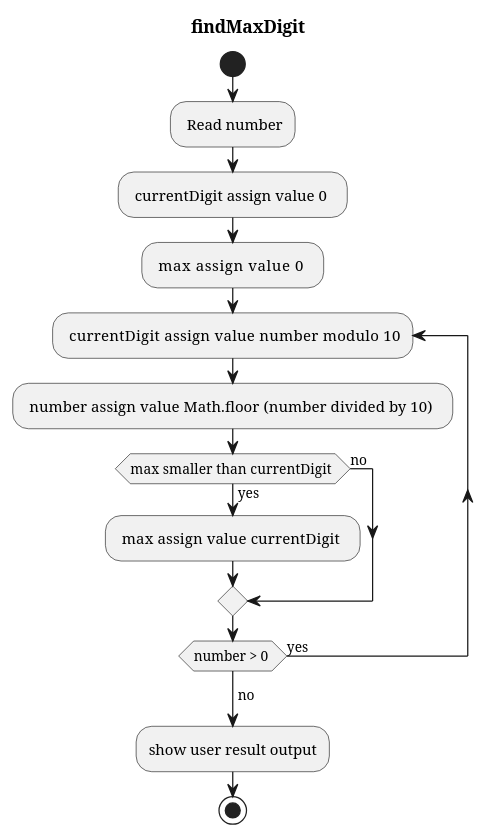
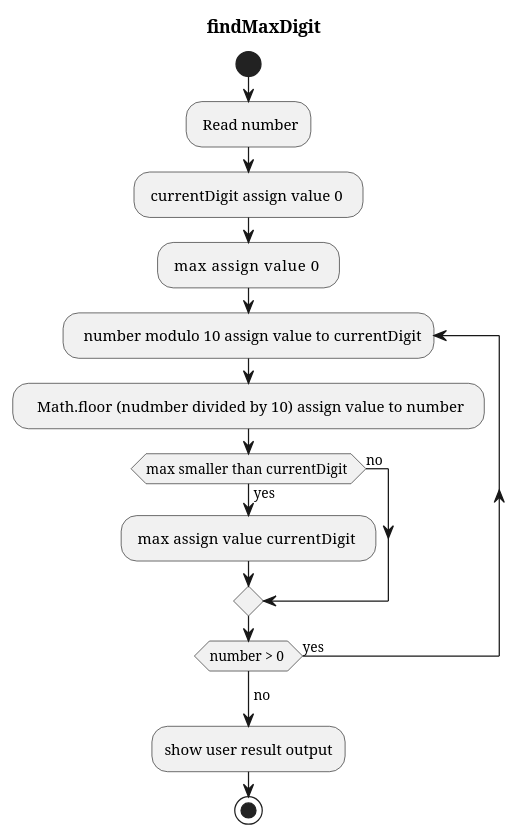
Before and after one commit to codingPhuc/B-i-t-p-nh-p-m-n-l-p-tr-nh: the diagram in diagram/1d.wsd, drawn with PlantUML. The commit also changed 72 other files, not shown here.

```diff
--- a/diagram/1d.wsd
+++ b/diagram/1d.wsd
@@ -1,17 +1,17 @@
 @startuml   
     title  findMaxDigit
     start
     : Read number;
     : currentDigit assign value  0  ; 
     : max  assign value   0  ;  
-    repeat: currentDigit  assign value   number modulo  10;
-    : number  assign value  Math.floor (number  divided by 10)  ; 
+    repeat:  number modulo  10 assign value to currentDigit;
+    :   Math.floor (nudmber  divided by 10)  assign value to number  ; 
     if(max  smaller than  currentDigit ) then (yes)
         : max assign value   currentDigit  ; 
     else (no) 
     endif 
     repeat  while (number > 0 ) is(yes)
     -> no ; 
     :show user result output;
     stop
 @enduml
```
